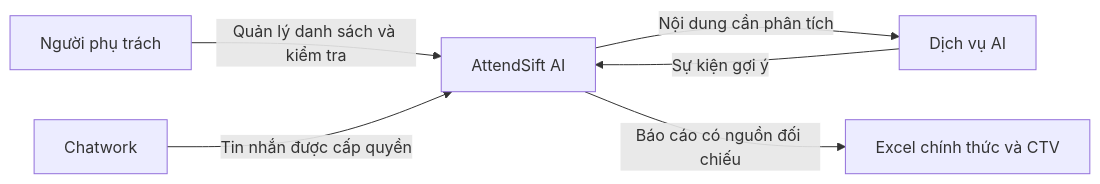
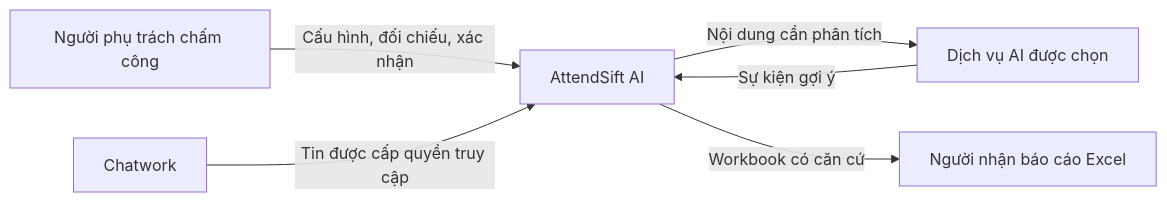
One commit to danggiakhanhgl2022-hash/AttendSift-AI changed the first of 2 diagrams in docs/ARCHITECTURE.md. Above: the diagram before and after it, drawn with Mermaid. The commit also changed other lines of this file and 227 other files, not shown here.

````diff
--- a/docs/ARCHITECTURE.md
+++ b/docs/ARCHITECTURE.md
@@ -9,8 +13,8 @@
 ```mermaid
 flowchart LR
-    N[Người phụ trách] -->|Quản lý danh sách và kiểm tra| A[AttendSift AI]
-    C[Chatwork] -->|Tin nhắn được cấp quyền| A
-    A -->|Nội dung cần phân tích| I[Dịch vụ AI]
+    U[Người phụ trách chấm công] -->|Cấu hình, đối chiếu, xác nhận| A[AttendSift AI]
+    C[Chatwork] -->|Tin được cấp quyền truy cập| A
+    A -->|Nội dung cần phân tích| I[Dịch vụ AI được chọn]
     I -->|Sự kiện gợi ý| A
-    A -->|Báo cáo có nguồn đối chiếu| E[Excel chính thức và CTV]
+    A -->|Workbook có căn cứ| E[Người nhận báo cáo Excel]
 ```
````
